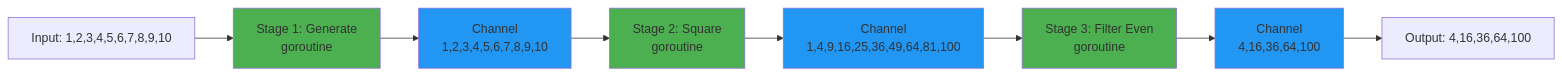
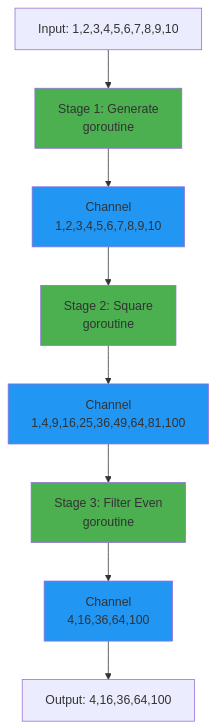
Before and after one commit to wahidyankf/open-sharia-enterprise: the fourth of 4 diagrams in docs/tutorials/cookbooks/tu-co__golang.md, drawn with Mermaid.

Commit message:
fix(docs): change Golang pipeline diagram to vertical orientation
Update pipeline diagram from LR (left-right) to TB (top-bottom) for
better mobile viewing and consistency with diagram convention.

````diff
--- a/docs/tutorials/cookbooks/tu-co__golang.md
+++ b/docs/tutorials/cookbooks/tu-co__golang.md
@@ -641,17 +641,17 @@
 ```mermaid
-graph LR
+graph TB
     Input[Input: 1,2,3,4,5,6,7,8,9,10] --> Gen[Stage 1: Generate<br/>goroutine]
     Gen --> Ch1[Channel<br/>1,2,3,4,5,6,7,8,9,10]
     Ch1 --> Sq[Stage 2: Square<br/>goroutine]
     Sq --> Ch2[Channel<br/>1,4,9,16,25,36,49,64,81,100]
     Ch2 --> Filt[Stage 3: Filter Even<br/>goroutine]
     Filt --> Ch3[Channel<br/>4,16,36,64,100]
     Ch3 --> Output[Output: 4,16,36,64,100]
 
     style Gen fill:#4CAF50
     style Sq fill:#4CAF50
     style Filt fill:#4CAF50
     style Ch1 fill:#2196F3
     style Ch2 fill:#2196F3
     style Ch3 fill:#2196F3
 ```
````
